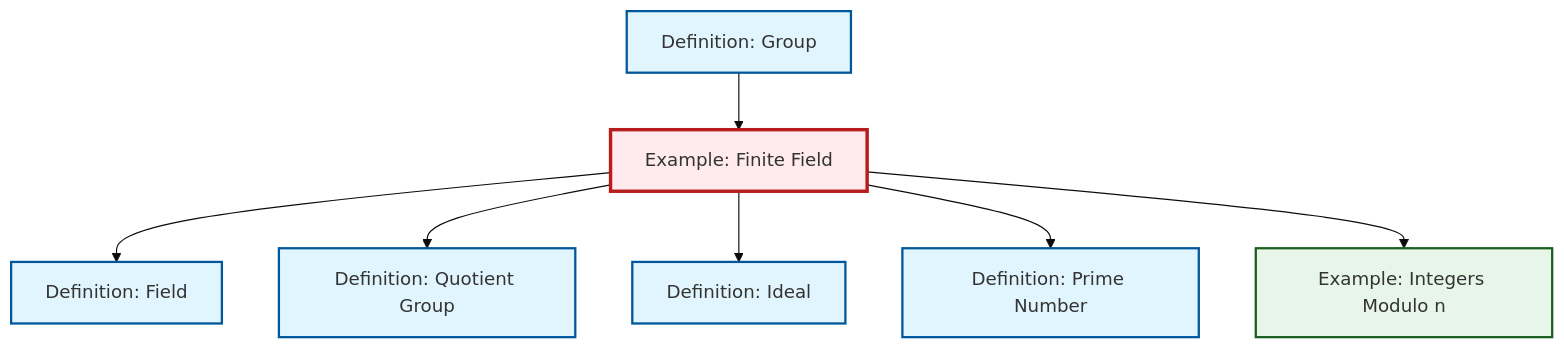
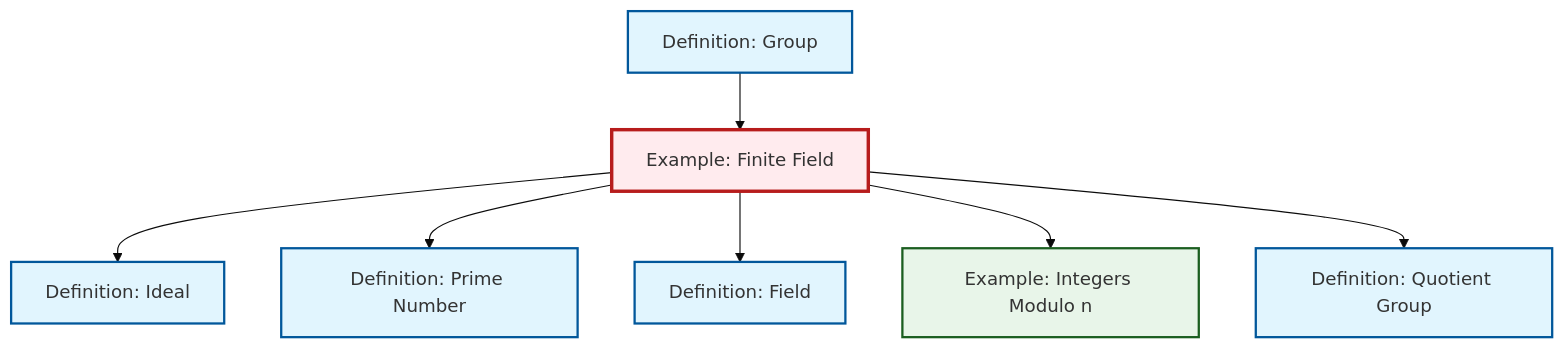
One commit to RK0429/ModernMath changed the diagram in content/ja/algebra/ex-finite-field.qmd. Above: the diagram before and after it, drawn with Mermaid (base theme). The commit also changed other lines of this file and 360 other files, not shown here.

````diff
--- a/content/ja/algebra/ex-finite-field.qmd
+++ b/content/ja/algebra/ex-finite-field.qmd
@@ -66,29 +66,29 @@
 ```{mermaid}
 %%| fig-cap: "Local dependency graph"
 graph TD
     classDef definition fill:#e1f5fe,stroke:#01579b,stroke-width:2px
     classDef theorem fill:#f3e5f5,stroke:#4a148c,stroke-width:2px
     classDef axiom fill:#fff3e0,stroke:#e65100,stroke-width:2px
     classDef example fill:#e8f5e9,stroke:#1b5e20,stroke-width:2px
     classDef current fill:#ffebee,stroke:#b71c1c,stroke-width:3px
+    def-quotient-group["Definition: Quotient Group"]:::definition
     ex-quotient-integers-mod-n["Example: Integers Modulo n"]:::example
+    def-ideal["Definition: Ideal"]:::definition
+    def-field["Definition: Field"]:::definition
     ex-finite-field["Example: Finite Field"]:::example
-    def-field["Definition: Field"]:::definition
+    def-prime["Definition: Prime Number"]:::definition
     def-group["Definition: Group"]:::definition
-    def-ideal["Definition: Ideal"]:::definition
-    def-prime["Definition: Prime Number"]:::definition
-    def-quotient-group["Definition: Quotient Group"]:::definition
-    ex-finite-field --> def-field
-    ex-finite-field --> def-quotient-group
     ex-finite-field --> def-ideal
     ex-finite-field --> def-prime
+    def-group --> ex-finite-field
+    ex-finite-field --> def-field
     ex-finite-field --> ex-quotient-integers-mod-n
-    def-group --> ex-finite-field
+    ex-finite-field --> def-quotient-group
     class ex-finite-field current
+    click def-quotient-group "def-quotient-group.html" "Definition: Quotient Groupへ"
     click ex-quotient-integers-mod-n "ex-quotient-integers-mod-n.html" "Example: Integers Modulo nへ"
+    click def-ideal "def-ideal.html" "Definition: Idealへ"
     click def-field "def-field.html" "Definition: Fieldへ"
+    click def-prime "def-prime.html" "Definition: Prime Numberへ"
     click def-group "def-group.html" "Definition: Groupへ"
-    click def-ideal "def-ideal.html" "Definition: Idealへ"
-    click def-prime "def-prime.html" "Definition: Prime Numberへ"
-    click def-quotient-group "def-quotient-group.html" "Definition: Quotient Groupへ"
 ```
````
